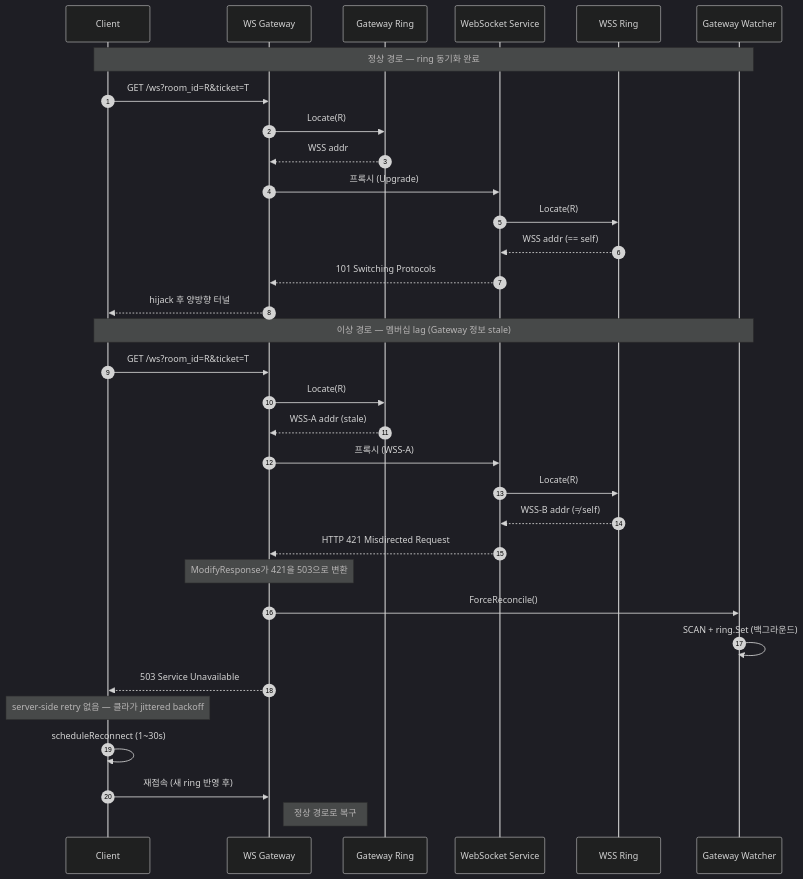
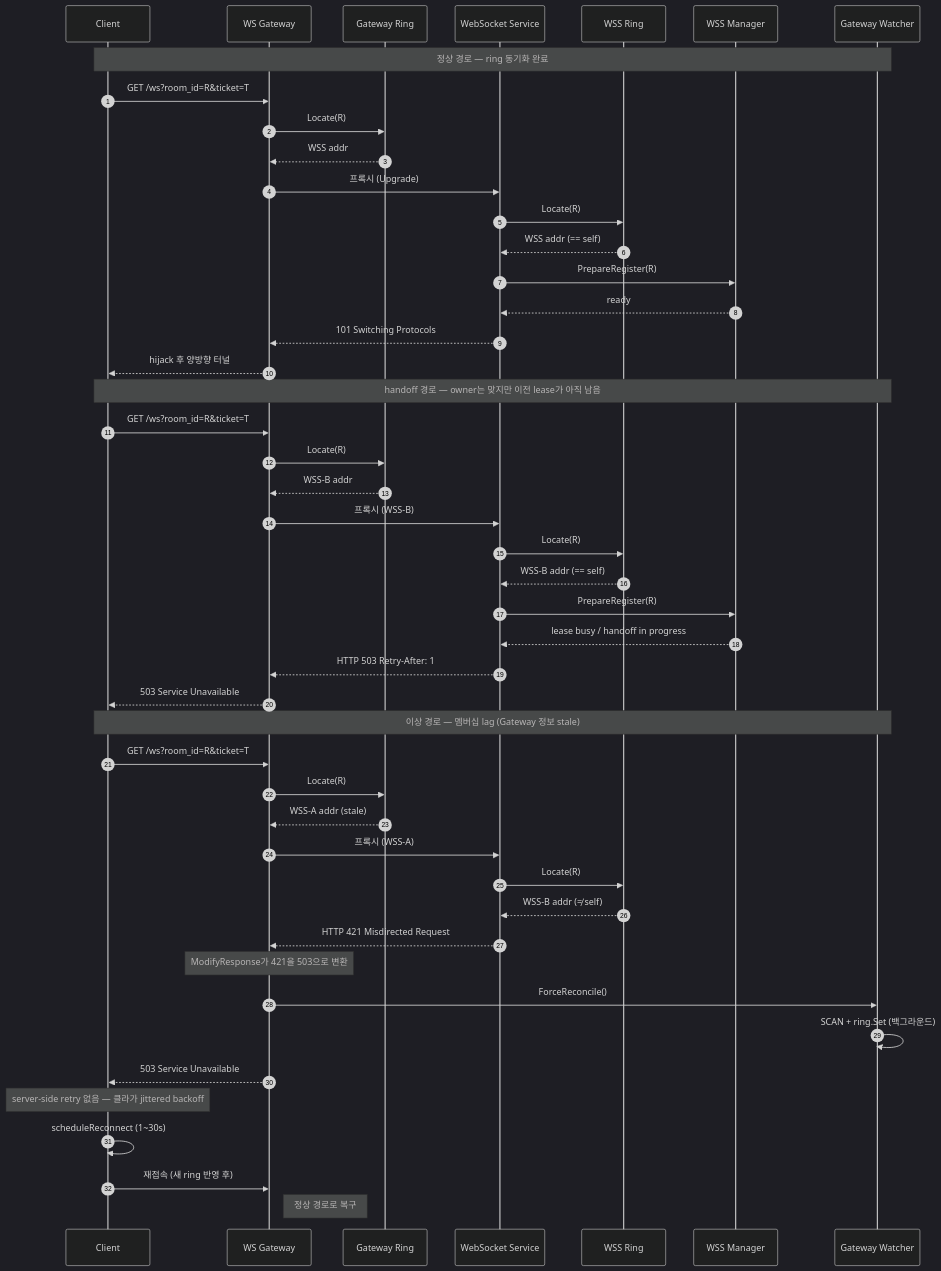
Before and after one commit to happyhun/go-chat-msa: the diagram in docs/diagrams/seq-owner-self-check.mmd, drawn with Mermaid (dark theme). The commit also changed 11 other files, not shown here.

```diff
--- a/docs/diagrams/seq-owner-self-check.mmd
+++ b/docs/diagrams/seq-owner-self-check.mmd
@@ -1,40 +1,56 @@
 sequenceDiagram
     autonumber
 
     participant Client as Client
     participant Gateway as WS Gateway
     participant Ring_G as Gateway Ring
     participant WSS as WebSocket Service
     participant Ring_W as WSS Ring
+    participant Manager as WSS Manager
     participant Watcher_G as Gateway Watcher
 
     Note over Client, Watcher_G: 정상 경로 — ring 동기화 완료
 
     Client->>Gateway: GET /ws?room_id=R&ticket=T
     Gateway->>Ring_G: Locate(R)
     Ring_G-->>Gateway: WSS addr
     Gateway->>WSS: 프록시 (Upgrade)
     WSS->>Ring_W: Locate(R)
     Ring_W-->>WSS: WSS addr (== self)
+    WSS->>Manager: PrepareRegister(R)
+    Manager-->>WSS: ready
     WSS-->>Gateway: 101 Switching Protocols
     Gateway-->>Client: hijack 후 양방향 터널
+
+    Note over Client, Watcher_G: handoff 경로 — owner는 맞지만 이전 lease가 아직 남음
+
+    Client->>Gateway: GET /ws?room_id=R&ticket=T
+    Gateway->>Ring_G: Locate(R)
+    Ring_G-->>Gateway: WSS-B addr
+    Gateway->>WSS: 프록시 (WSS-B)
+    WSS->>Ring_W: Locate(R)
+    Ring_W-->>WSS: WSS-B addr (== self)
+    WSS->>Manager: PrepareRegister(R)
+    Manager-->>WSS: lease busy / handoff in progress
+    WSS-->>Gateway: HTTP 503 Retry-After: 1
+    Gateway-->>Client: 503 Service Unavailable
 
     Note over Client, Watcher_G: 이상 경로 — 멤버십 lag (Gateway 정보 stale)
 
     Client->>Gateway: GET /ws?room_id=R&ticket=T
     Gateway->>Ring_G: Locate(R)
     Ring_G-->>Gateway: WSS-A addr (stale)
     Gateway->>WSS: 프록시 (WSS-A)
     WSS->>Ring_W: Locate(R)
     Ring_W-->>WSS: WSS-B addr (≠ self)
     WSS-->>Gateway: HTTP 421 Misdirected Request
 
     Note over Gateway: ModifyResponse가 421을 503으로 변환
     Gateway->>Watcher_G: ForceReconcile()
     Watcher_G->>Watcher_G: SCAN + ring.Set (백그라운드)
     Gateway-->>Client: 503 Service Unavailable
 
     Note over Client: server-side retry 없음 — 클라가 jittered backoff
     Client->>Client: scheduleReconnect (1~30s)
     Client->>Gateway: 재접속 (새 ring 반영 후)
     Note right of Gateway: 정상 경로로 복구
```
